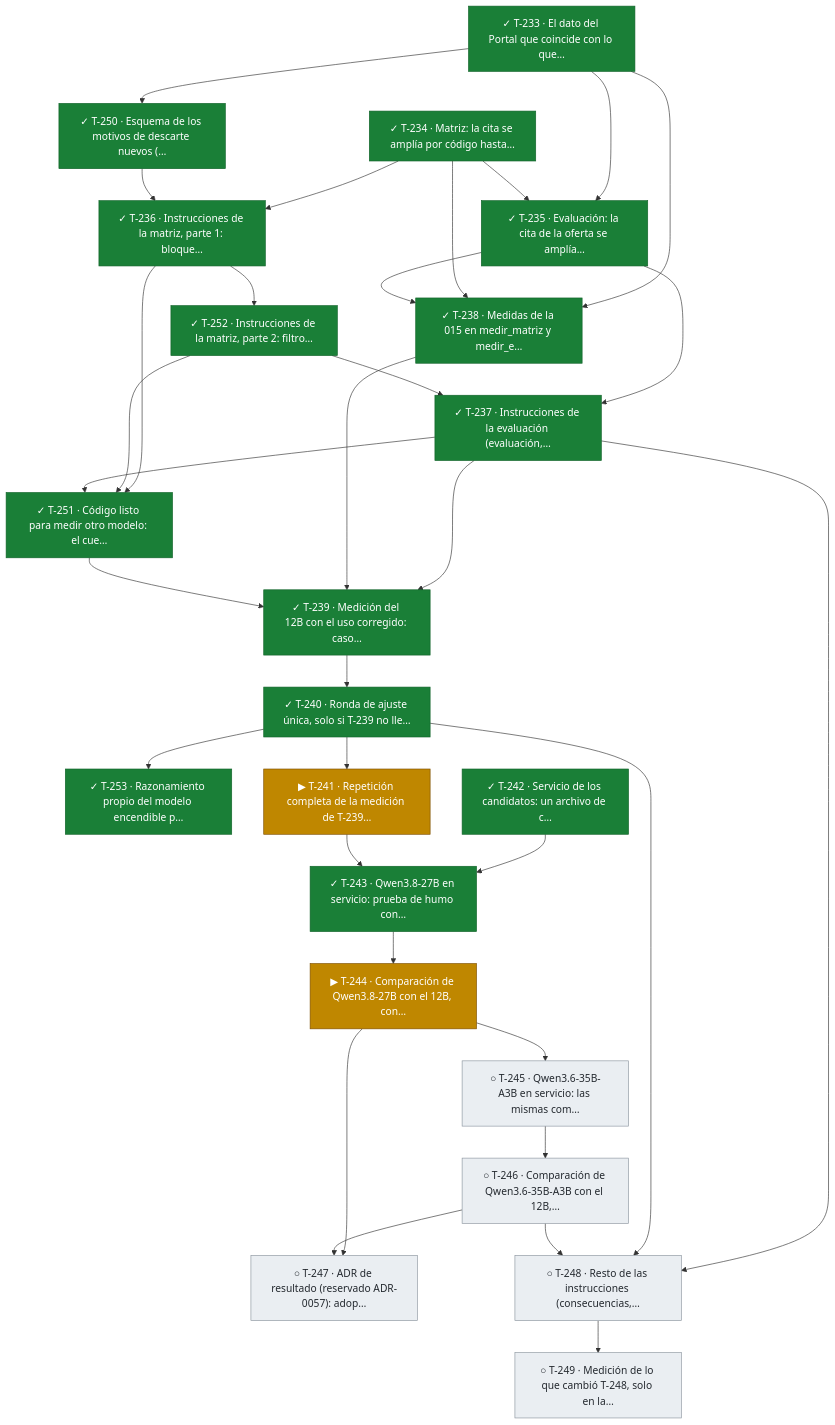
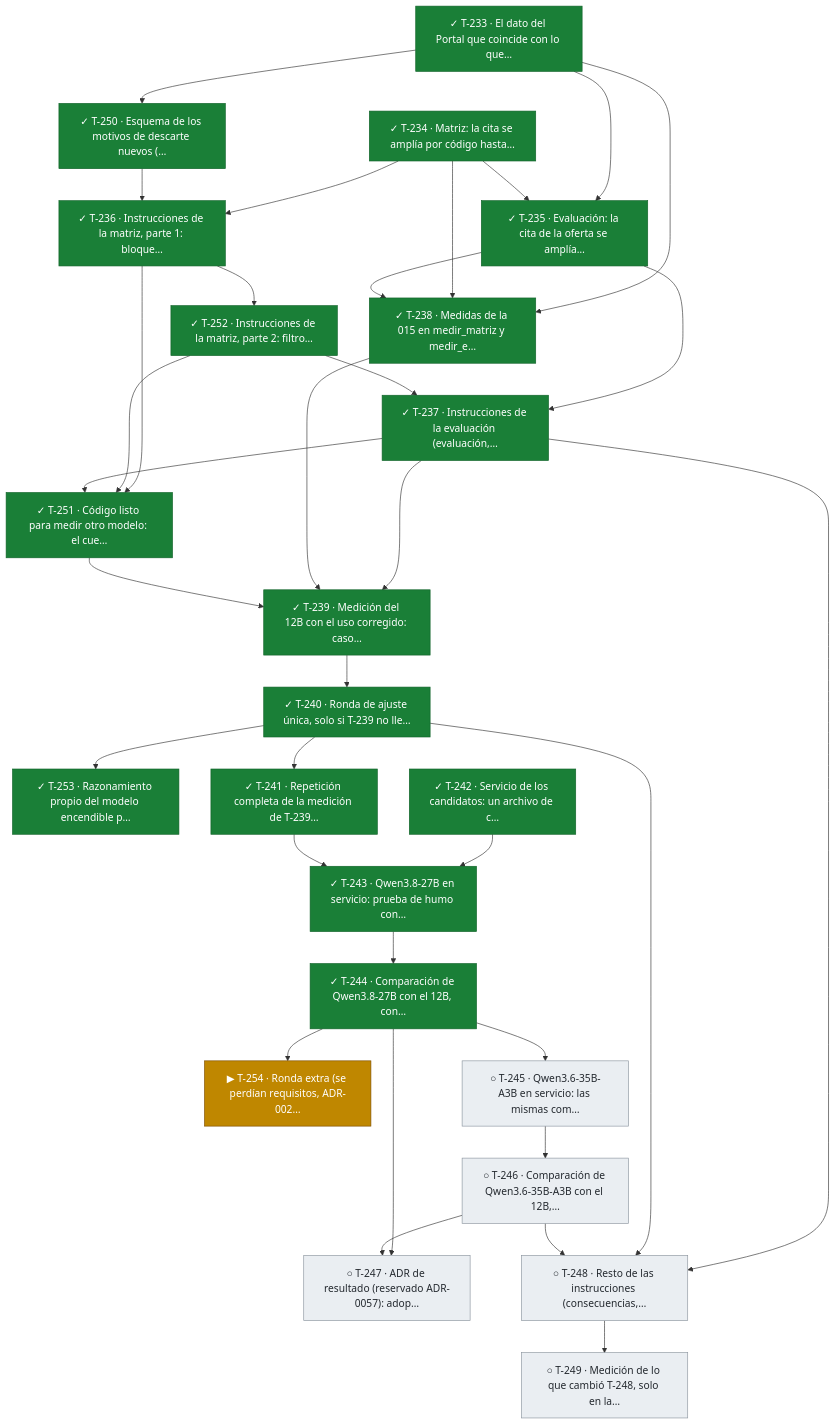
One commit to snavello/EVALUON changed diagram 17 of 17 in docs/tablero.md. Above: the diagram before and after it, drawn with Mermaid. The commit also changed other lines of this file and 7 other files, not shown here.

Commit message:
gestión: mediciones T-241 a T-244c, decisión del 2026-10-12 y ronda extra T-254

````diff
--- a/docs/tablero.md
+++ b/docs/tablero.md
@@ -1321,60 +1322,62 @@
 ```mermaid
 flowchart TD
   T233["✓ T-233 · El dato del Portal que coincide con lo que…"]:::done
   T234["✓ T-234 · Matriz: la cita se amplía por código hasta…"]:::done
   T250["✓ T-250 · Esquema de los motivos de descarte nuevos (…"]:::done
   T235["✓ T-235 · Evaluación: la cita de la oferta se amplía…"]:::done
   T236["✓ T-236 · Instrucciones de la matriz, parte 1: bloque…"]:::done
   T252["✓ T-252 · Instrucciones de la matriz, parte 2: filtro…"]:::done
   T253["✓ T-253 · Razonamiento propio del modelo encendible p…"]:::done
+  T254["▶ T-254 · Ronda extra (se perdían requisitos, ADR-002…"]:::active
   T237["✓ T-237 · Instrucciones de la evaluación (evaluación,…"]:::done
   T251["✓ T-251 · Código listo para medir otro modelo: el cue…"]:::done
   T238["✓ T-238 · Medidas de la 015 en medir_matriz y medir_e…"]:::done
   T239["✓ T-239 · Medición del 12B con el uso corregido: caso…"]:::done
   T240["✓ T-240 · Ronda de ajuste única, solo si T-239 no lle…"]:::done
-  T241["▶ T-241 · Repetición completa de la medición de T-239…"]:::active
+  T241["✓ T-241 · Repetición completa de la medición de T-239…"]:::done
   T242["✓ T-242 · Servicio de los candidatos: un archivo de c…"]:::done
   T243["✓ T-243 · Qwen3.8-27B en servicio: prueba de humo con…"]:::done
-  T244["▶ T-244 · Comparación de Qwen3.8-27B con el 12B, con…"]:::active
+  T244["✓ T-244 · Comparación de Qwen3.8-27B con el 12B, con…"]:::done
   T245["○ T-245 · Qwen3.6-35B-A3B en servicio: las mismas com…"]:::todo
   T246["○ T-246 · Comparación de Qwen3.6-35B-A3B con el 12B,…"]:::todo
   T247["○ T-247 · ADR de resultado (reservado ADR-0057): adop…"]:::todo
   T248["○ T-248 · Resto de las instrucciones (consecuencias,…"]:::todo
   T249["○ T-249 · Medición de lo que cambió T-248, solo en la…"]:::todo
   T233 --> T250
   T233 --> T235
   T234 --> T235
   T234 --> T236
   T250 --> T236
   T236 --> T252
   T240 --> T253
+  T244 --> T254
   T235 --> T237
   T252 --> T237
   T236 --> T251
   T252 --> T251
   T237 --> T251
   T233 --> T238
   T234 --> T238
   T235 --> T238
   T237 --> T239
   T238 --> T239
   T251 --> T239
   T239 --> T240
   T240 --> T241
   T242 --> T243
   T241 --> T243
   T243 --> T244
   T244 --> T245
   T245 --> T246
   T244 --> T247
   T246 --> T247
   T237 --> T248
   T240 --> T248
   T246 --> T248
   T248 --> T249
   classDef done fill:#1a7f37,stroke:#116329,color:#ffffff
   classDef review fill:#0969da,stroke:#0550ae,color:#ffffff
   classDef active fill:#bf8700,stroke:#7d4e00,color:#ffffff
   classDef blocked fill:#cf222e,stroke:#a40e26,color:#ffffff
   classDef todo fill:#eaeef2,stroke:#8c959f,color:#24292f
 ```
````
